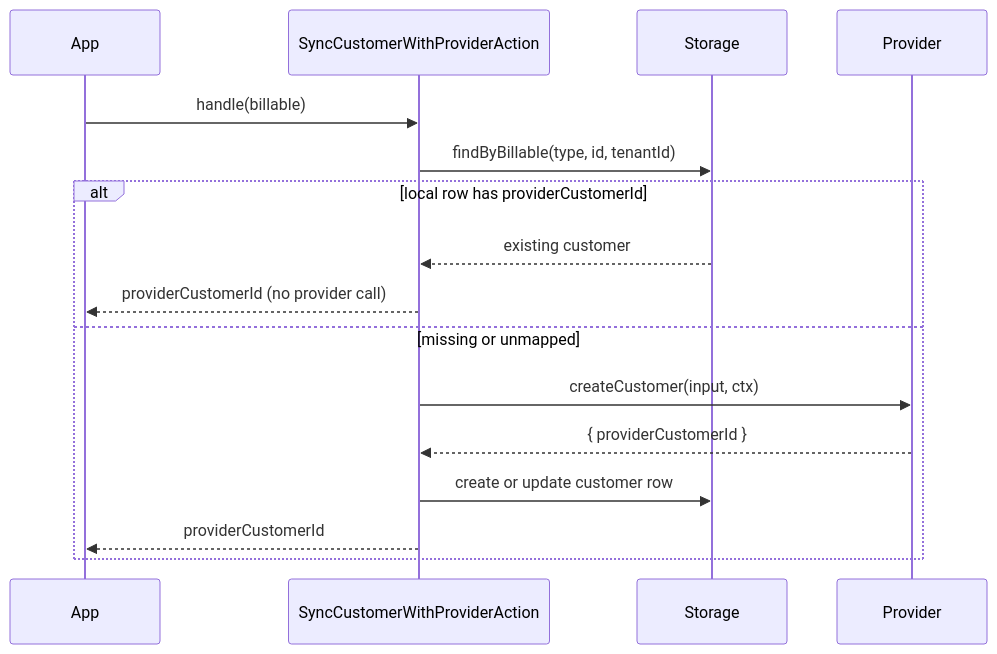
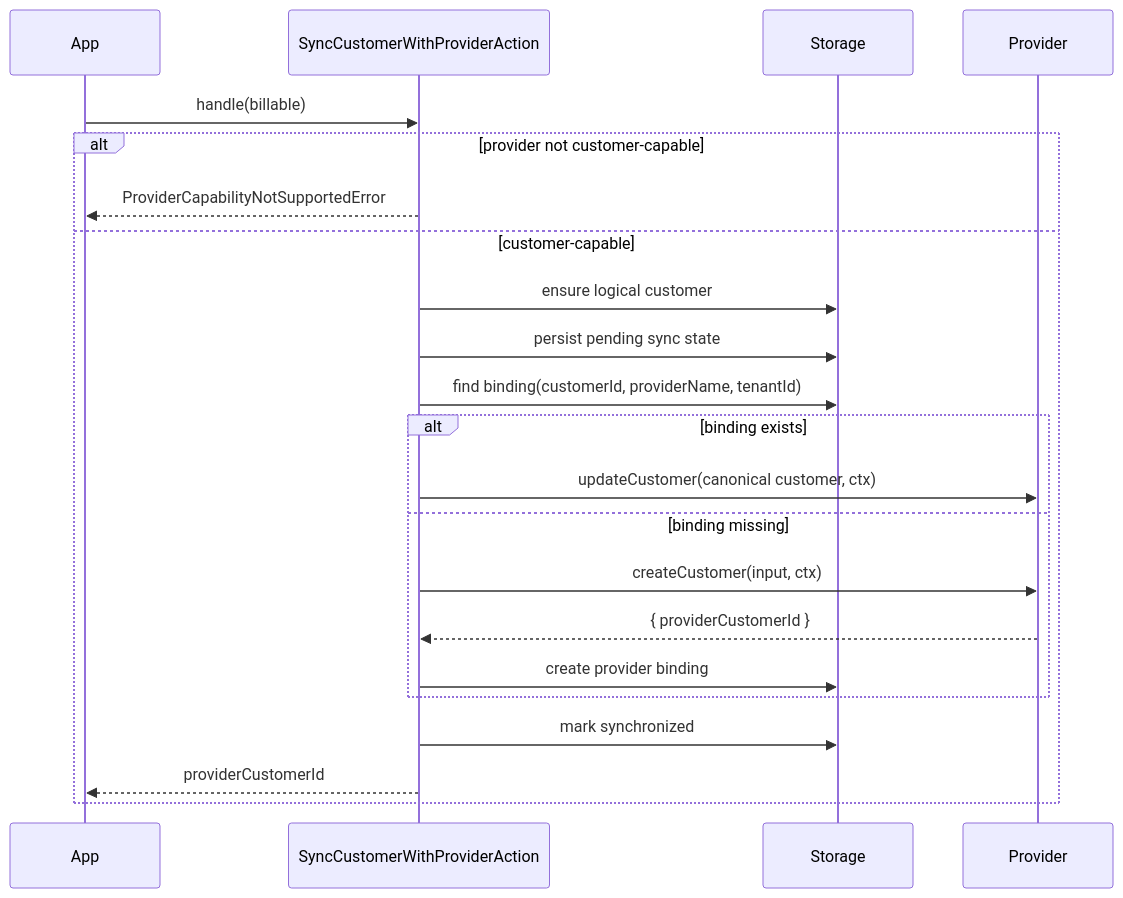
Before and after one commit to kidiatoliny/payable-docs: the diagram in src/content/docs/features/08-customers-billable.md, drawn with Mermaid. The commit also changed other lines of this file and 98 other files, not shown here.

````diff
--- a/src/content/docs/features/08-customers-billable.md
+++ b/src/content/docs/features/08-customers-billable.md
@@ -112,18 +245,24 @@
 ```mermaid
 sequenceDiagram
     participant App
     participant Sync as SyncCustomerWithProviderAction
     participant Storage
     participant Provider
     App->>Sync: handle(billable)
-    Sync->>Storage: findByBillable(type, id, tenantId)
-    alt local row has providerCustomerId
-        Storage-->>Sync: existing customer
-        Sync-->>App: providerCustomerId (no provider call)
-    else missing or unmapped
-        Sync->>Provider: createCustomer(input, ctx)
-        Provider-->>Sync: { providerCustomerId }
-        Sync->>Storage: create or update customer row
+    alt provider not customer-capable
+        Sync-->>App: ProviderCapabilityNotSupportedError
+    else customer-capable
+        Sync->>Storage: ensure logical customer
+        Sync->>Storage: persist pending sync state
+        Sync->>Storage: find binding(customerId, providerName, tenantId)
+        alt binding exists
+            Sync->>Provider: updateCustomer(canonical customer, ctx)
+        else binding missing
+            Sync->>Provider: createCustomer(input, ctx)
+            Provider-->>Sync: { providerCustomerId }
+            Sync->>Storage: create provider binding
+        end
+        Sync->>Storage: mark synchronized
         Sync-->>App: providerCustomerId
     end
 ```
````
